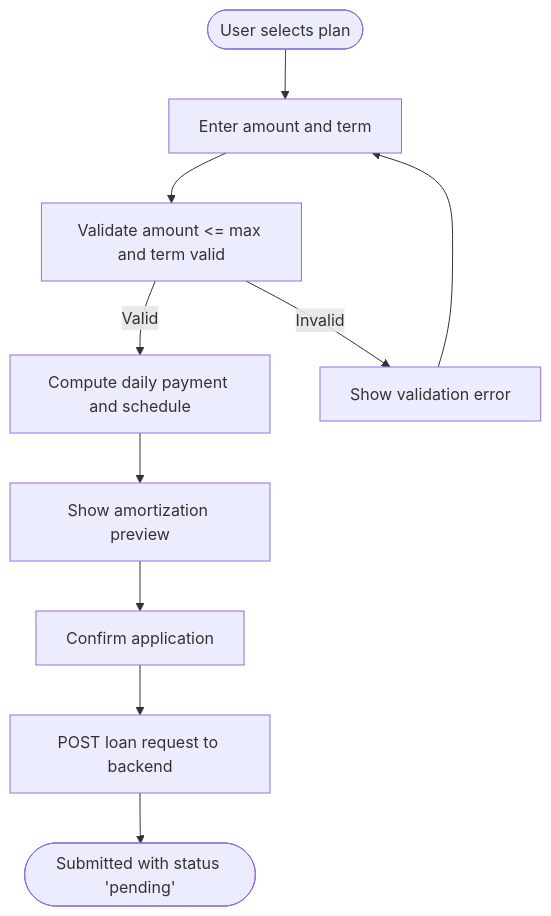
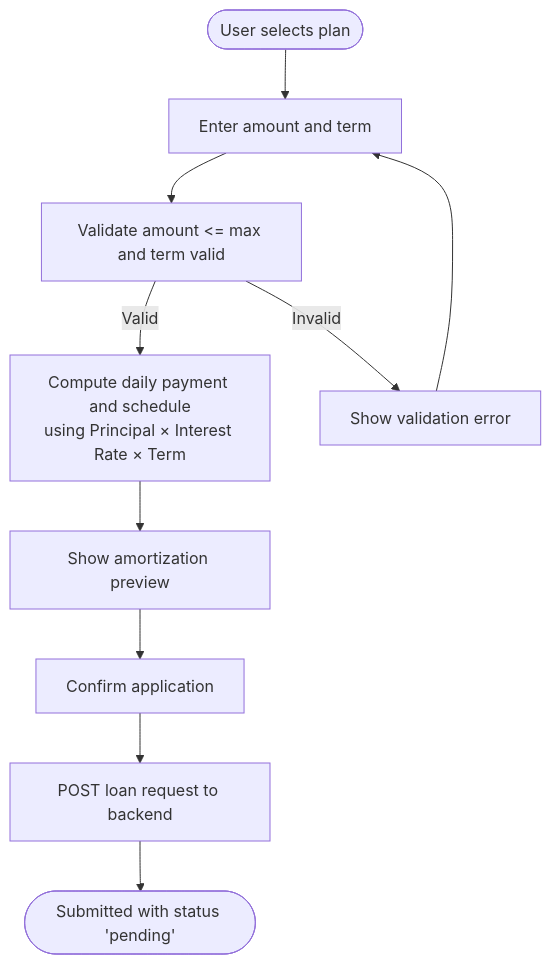
Before and after one commit to Unsure-bry/sampacoop_system: the fourth of 11 diagrams in .qoder/repowiki/en/content/API Endpoints Reference/Loan Management API.md, drawn with Mermaid. The commit also changed other lines of this file and 24 other files, not shown here.

````diff
--- a/.qoder/repowiki/en/content/API Endpoints Reference/Loan Management API.md
+++ b/.qoder/repowiki/en/content/API Endpoints Reference/Loan Management API.md
@@ -178,12 +203,12 @@
 ```mermaid
 flowchart TD
 Start(["User selects plan"]) --> Input["Enter amount and term"]
 Input --> Validate["Validate amount <= max and term valid"]
-Validate --> |Valid| Calc["Compute daily payment and schedule"]
+Validate --> |Valid| Calc["Compute daily payment and schedule<br/>using Principal × Interest Rate × Term"]
 Calc --> Review["Show amortization preview"]
 Review --> Confirm["Confirm application"]
 Confirm --> Submit["POST loan request to backend"]
 Submit --> End(["Submitted with status 'pending'"])
 Validate --> |Invalid| Error["Show validation error"]
 Error --> Input
 ```
````
